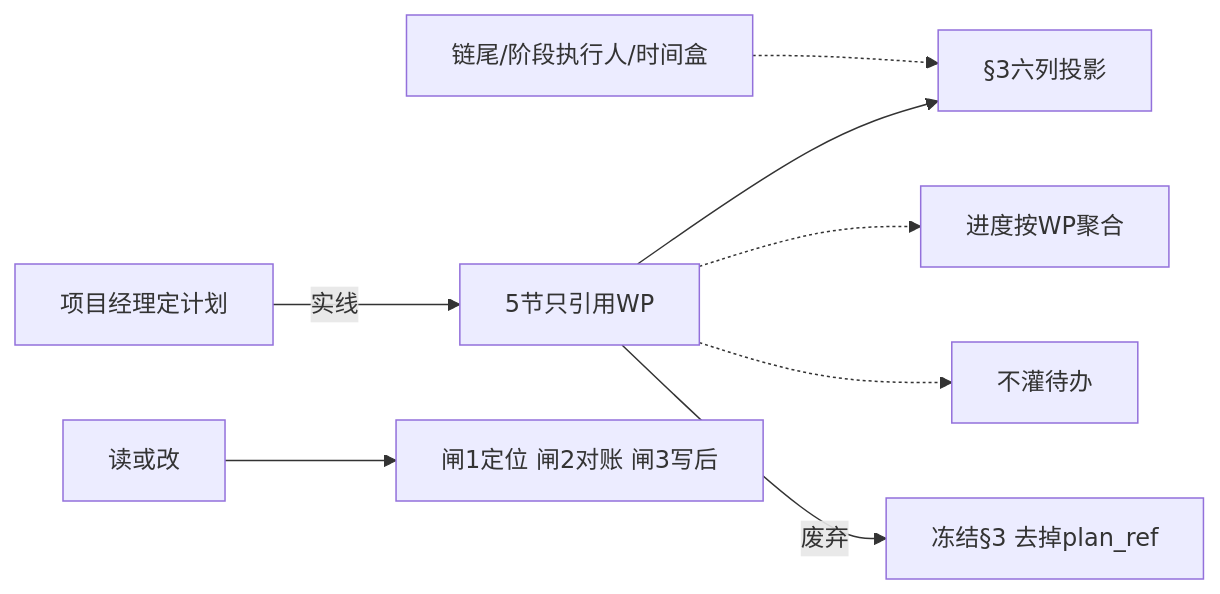
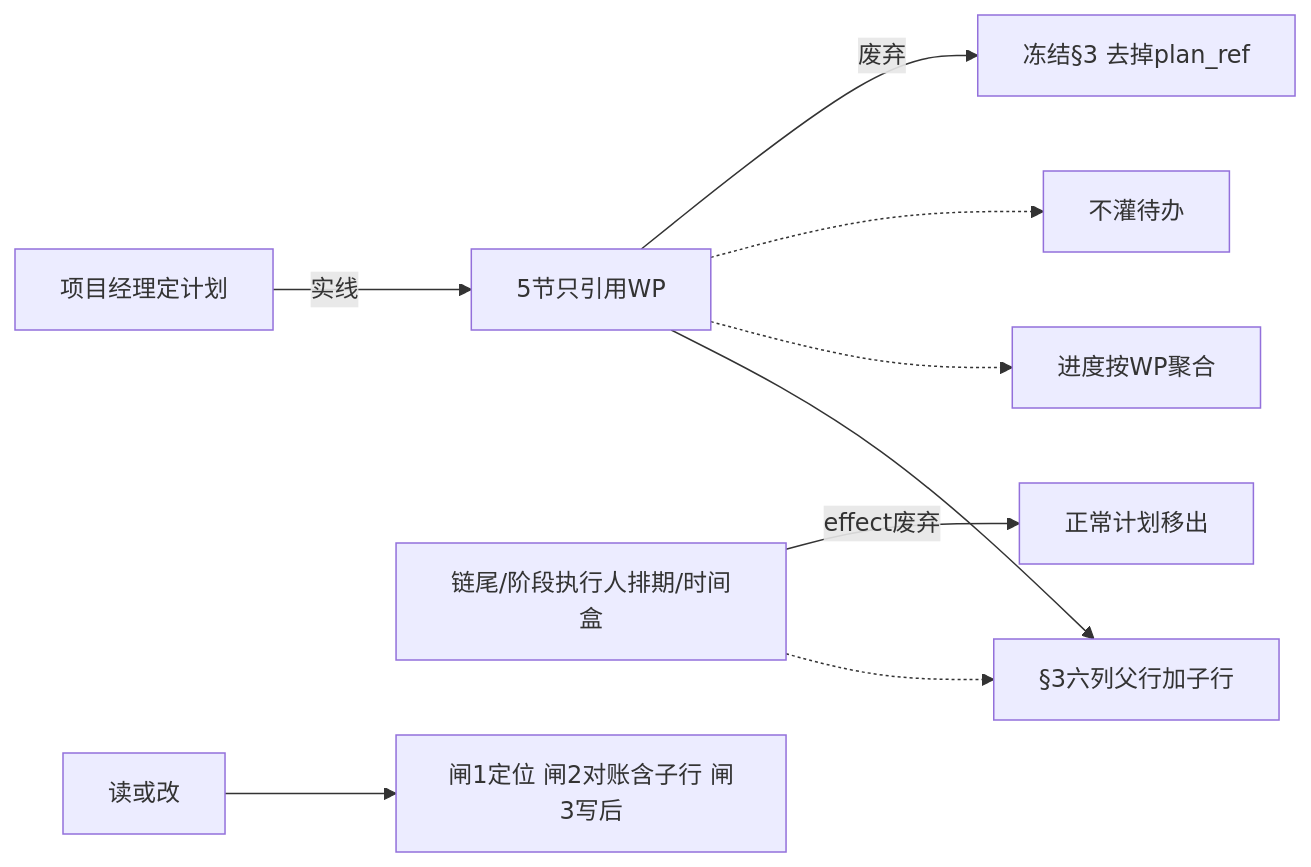
The sixth of 22 diagrams in ChronoPM-Project/SKILL_MODULE_MAP.md (qiusuo0226/chrono-pm-skill), drawn with Mermaid before and after one commit. The commit also changed other lines of this file and 11 other files, not shown here.

````diff
--- a/ChronoPM-Project/SKILL_MODULE_MAP.md
+++ b/ChronoPM-Project/SKILL_MODULE_MAP.md
@@ -68,10 +68,11 @@
 ```mermaid
 flowchart LR
   PM[项目经理定计划] -->|实线| PLAN[5节只引用WP]
-  WP[链尾/阶段执行人/时间盒] -.-> S3[§3六列投影]
+  WP[链尾/阶段执行人排期/时间盒] -.-> S3[§3六列父行加子行]
   PLAN --> S3
   PLAN -.-> PROG[进度按WP聚合]
   PLAN -.-> X[不灌待办]
-  Q[读或改] --> GATE[闸1定位 闸2对账 闸3写后]
+  Q[读或改] --> GATE[闸1定位 闸2对账含子行 闸3写后]
   PLAN -->|废弃| FZ[冻结§3 去掉plan_ref]
+  WP -->|effect废弃| RM[正常计划移出]
 ```
````
